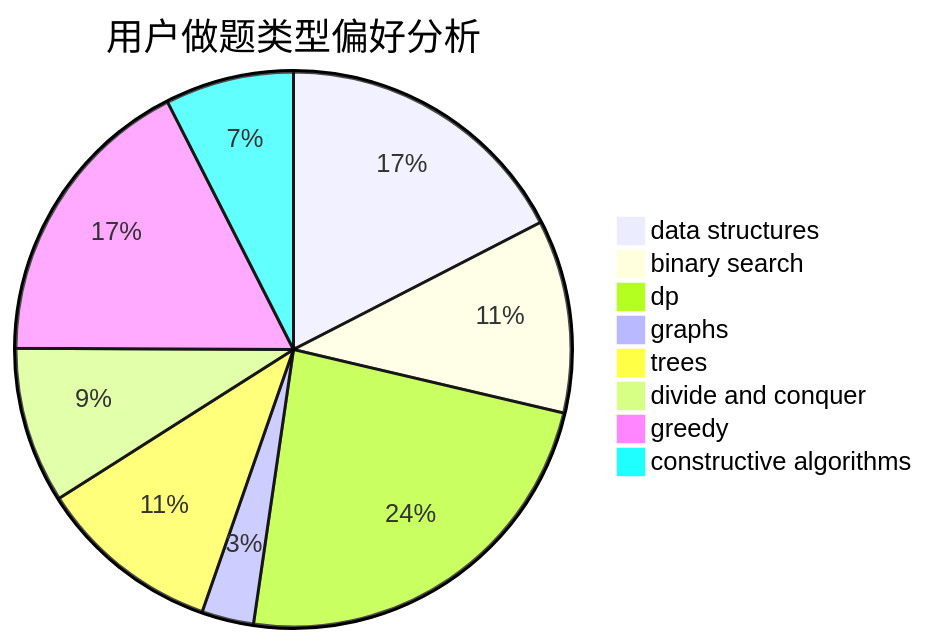
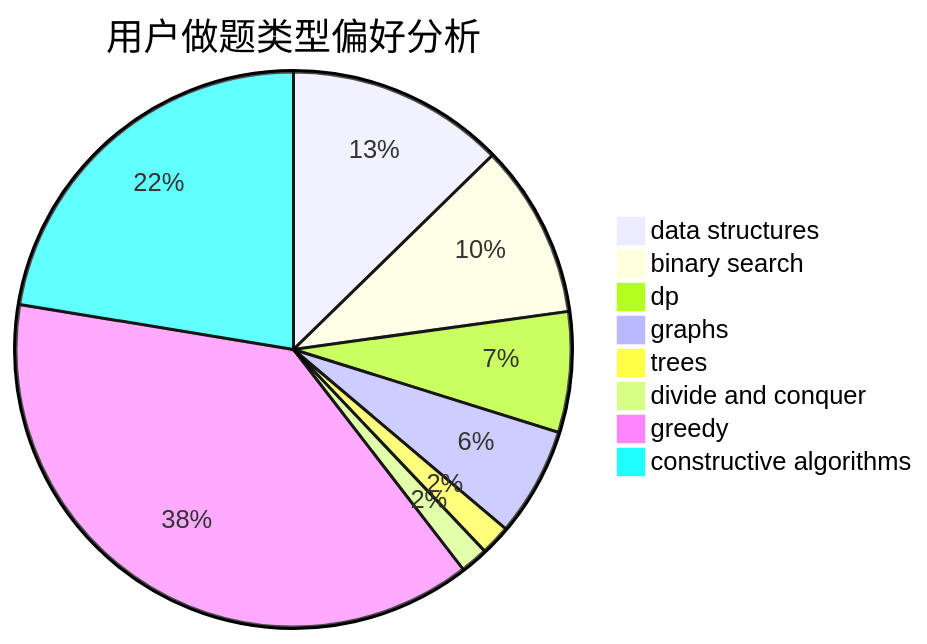
Before and after one commit to sherpahu/cfrs.github.io: the second of 3 diagrams in docs/user/u357.md, drawn with Mermaid. The commit also changed other lines of this file and 2770 other files, not shown here.

````diff
--- a/docs/user/u357.md
+++ b/docs/user/u357.md
@@ -23,11 +23,11 @@
 ```mermaid
 pie title 用户做题类型偏好分析
-    "data structures" :  121
-    "binary search" :  78
-    "dp" :  164
-    "graphs" :  21
-    "trees" :  74
-    "divide and conquer" :  63
-    "greedy" :  121
-    "constructive algorithms" :  52
+    "data structures" :  94
+    "binary search" :  75
+    "dp" :  52
+    "graphs" :  47
+    "trees" :  13
+    "divide and conquer" :  12
+    "greedy" :  282
+    "constructive algorithms" :  166
 ```
````
